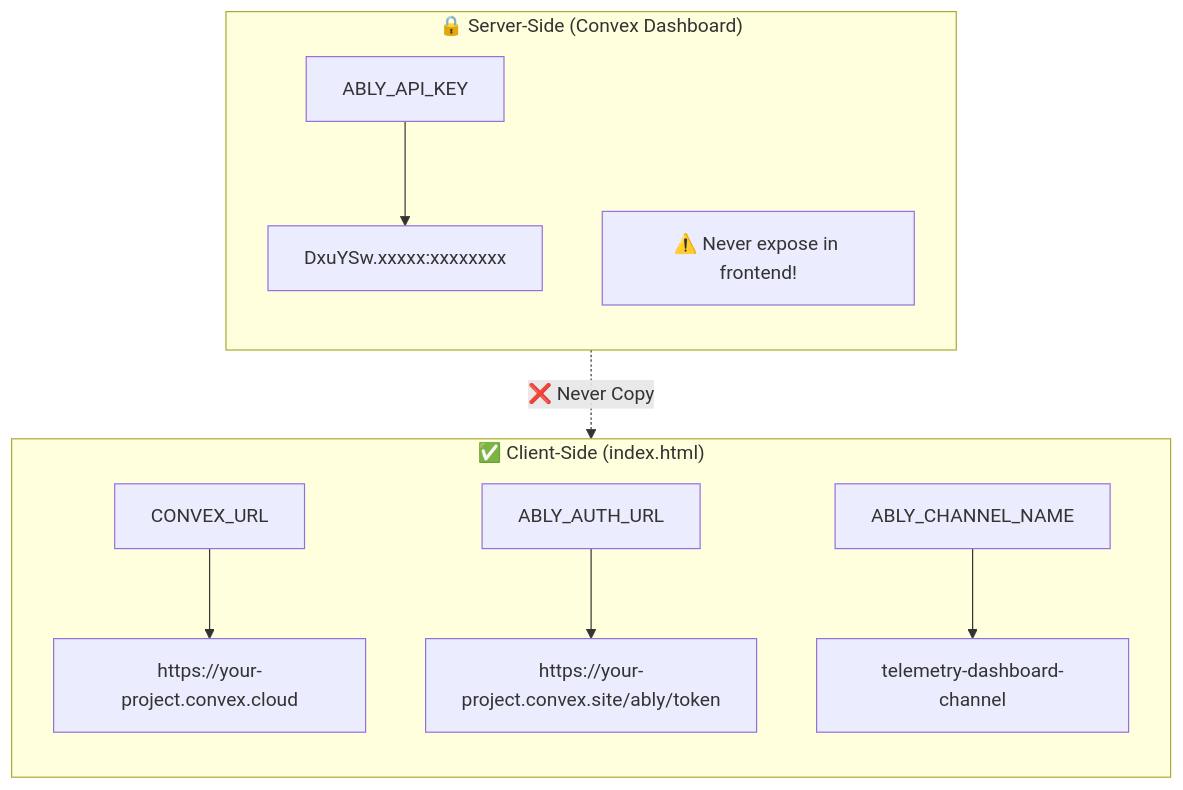
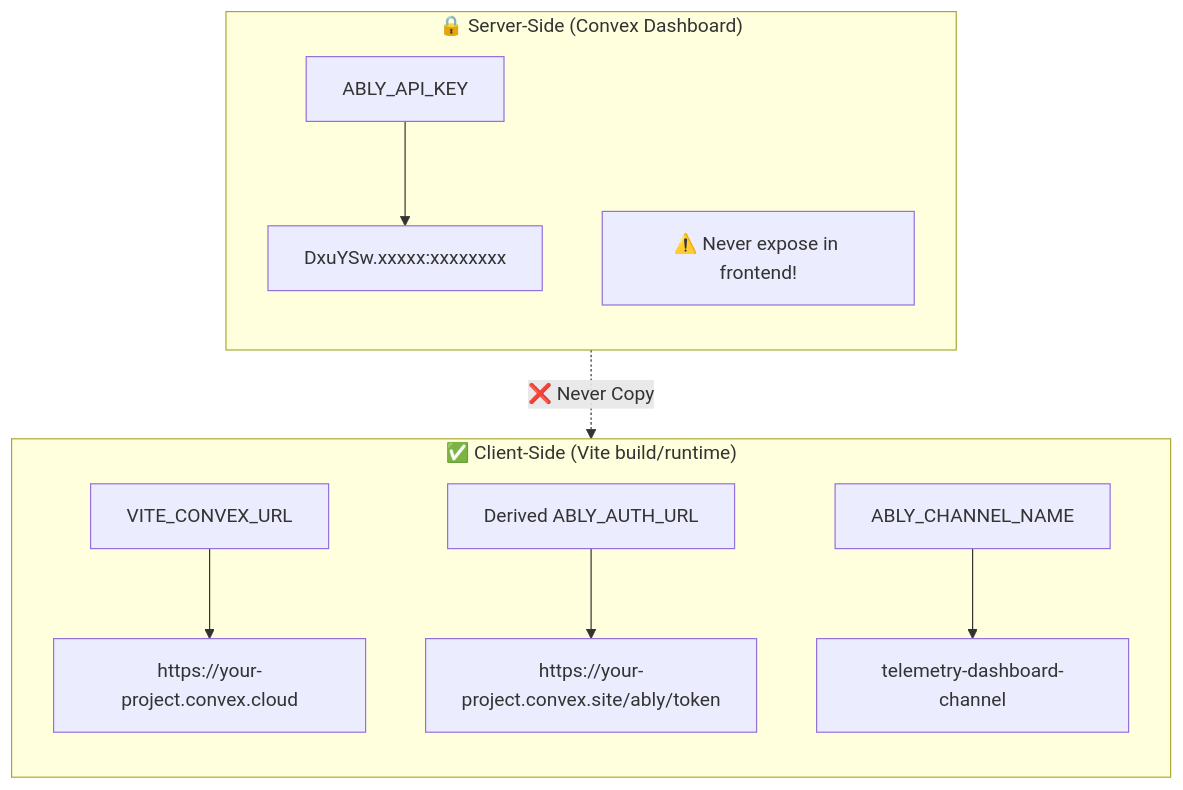
The third of 3 diagrams in DEPLOYMENT.md (ChosF/TelemetryDashboard), drawn with Mermaid before and after one commit. The commit also changed other lines of this file and 30 other files, not shown here.

````diff
--- a/DEPLOYMENT.md
+++ b/DEPLOYMENT.md
@@ -108,17 +108,17 @@
 ```mermaid
 flowchart TB
     subgraph ServerSide["🔒 Server-Side (Convex Dashboard)"]
         direction TB
         S1[ABLY_API_KEY] --> S2[DxuYSw.xxxxx:xxxxxxxx]
         S3[⚠️ Never expose in frontend!]
     end
 
-    subgraph ClientSide["✅ Client-Side (index.html)"]
+    subgraph ClientSide["✅ Client-Side (Vite build/runtime)"]
         direction TB
-        C1["CONVEX_URL"] --> C2["https://your-project.convex.cloud"]
-        C3["ABLY_AUTH_URL"] --> C4["https://your-project.convex.site/ably/token"]
+        C1["VITE_CONVEX_URL"] --> C2["https://your-project.convex.cloud"]
+        C3["Derived ABLY_AUTH_URL"] --> C4["https://your-project.convex.site/ably/token"]
         C5["ABLY_CHANNEL_NAME"] --> C6["telemetry-dashboard-channel"]
     end
 
     ServerSide -.->|"❌ Never Copy"| ClientSide
 ```
````
